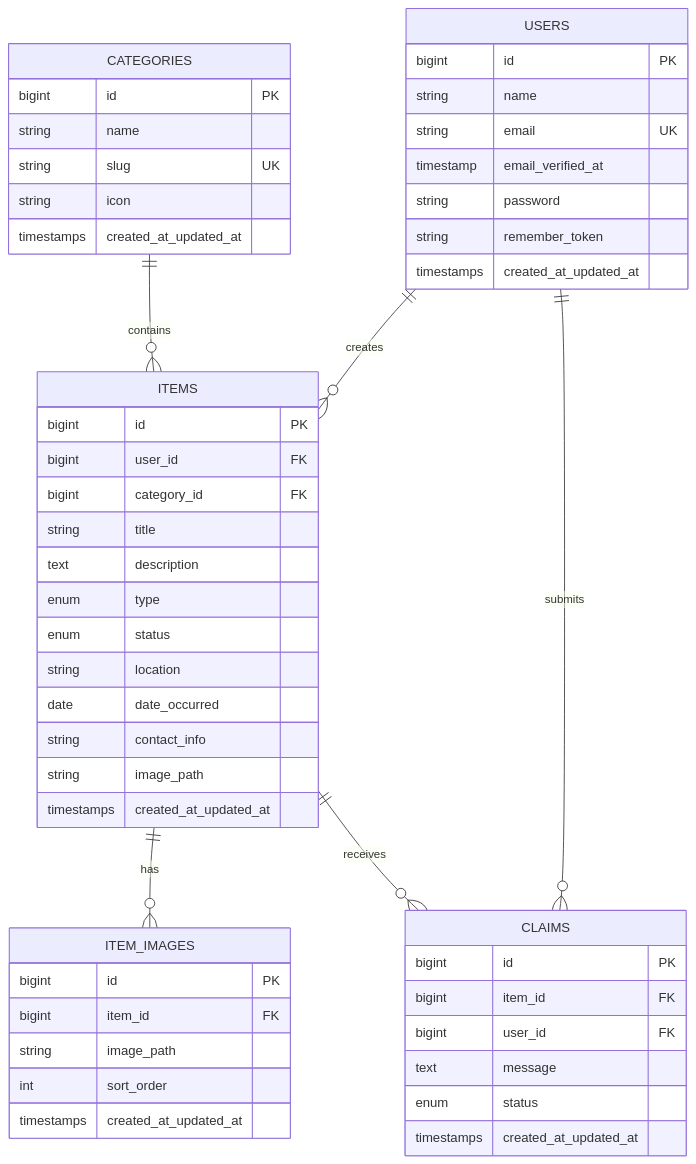
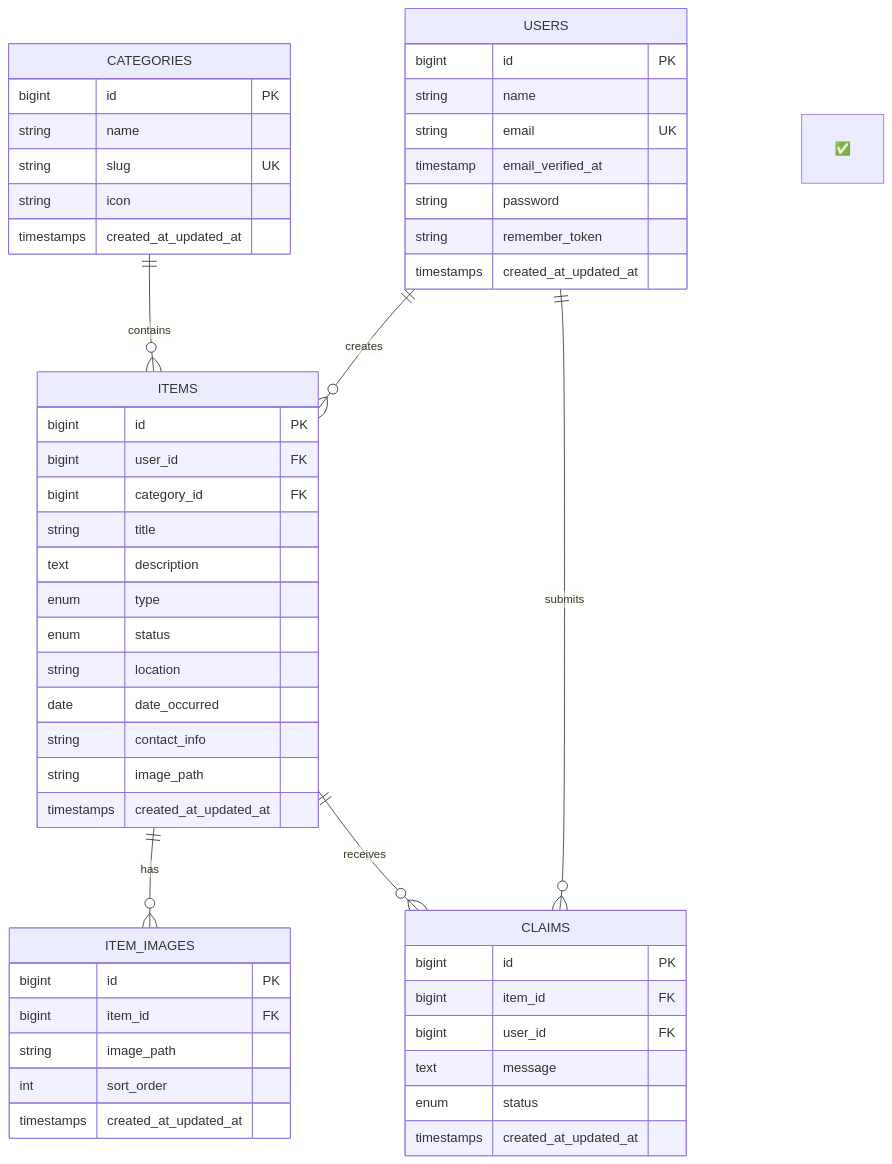
Before and after one commit to UncleDrew404/Lost-And-Found: the third of 3 diagrams in Backend/docs/API_ARCHITECTURE.md, drawn with Mermaid. The commit also changed other lines of this file and 37 other files, not shown here.

````diff
--- a/Backend/docs/API_ARCHITECTURE.md
+++ b/Backend/docs/API_ARCHITECTURE.md
@@ -729,58 +732,58 @@
 ```mermaid
 erDiagram
     USERS ||--o{ ITEMS : creates
     USERS ||--o{ CLAIMS : submits
     CATEGORIES ||--o{ ITEMS : contains
     ITEMS ||--o{ ITEM_IMAGES : has
     ITEMS ||--o{ CLAIMS : receives
 
     USERS {
         bigint id PK
         string name
         string email UK
         timestamp email_verified_at
         string password
         string remember_token
         timestamps created_at_updated_at
-    }
+    } ✅ 
 
     CATEGORIES {
         bigint id PK
         string name
         string slug UK
         string icon
         timestamps created_at_updated_at
-    }
+    } ✅ 
 
     ITEMS {
         bigint id PK
         bigint user_id FK
         bigint category_id FK
         string title
         text description
         enum type
         enum status
         string location
         date date_occurred
         string contact_info
         string image_path
         timestamps created_at_updated_at
-    }
+    } ✅ 
 
     ITEM_IMAGES {
         bigint id PK
         bigint item_id FK
         string image_path
         int sort_order
         timestamps created_at_updated_at
-    }
+    } ✅ 
 
     CLAIMS {
         bigint id PK
         bigint item_id FK
         bigint user_id FK
         text message
         enum status
         timestamps created_at_updated_at
-    }
+    } ✅
 ```
````
